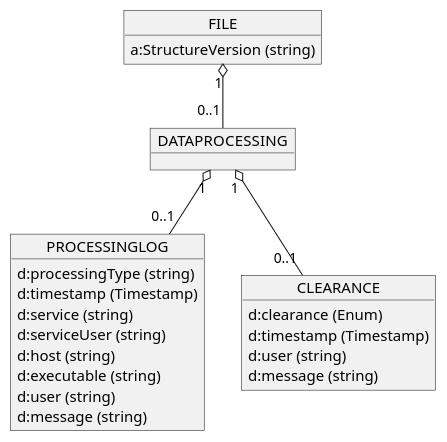
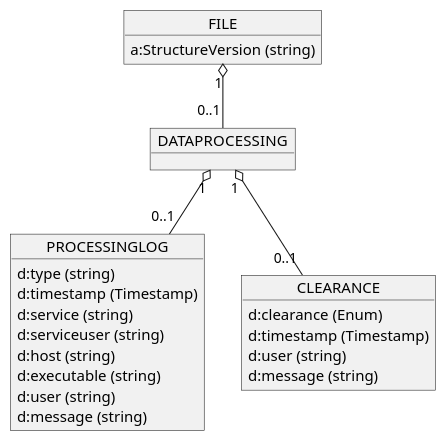
Before and after one commit to OpenRailAssociation/rcm-dx: the fourth of 13 diagrams in images/rcm-dx-images.puml, drawn with PlantUML. The commit also changed other lines of this file and 6 other files, not shown here.

```diff
--- a/images/rcm-dx-images.puml
+++ b/images/rcm-dx-images.puml
@@ -94,30 +94,30 @@
 @startuml rcmdx_file_group
 
   object FILE {
     a:StructureVersion (string)
   }
 
   object DATAPROCESSING {
   }
   FILE "1" o-- "0..1" DATAPROCESSING
 
   object PROCESSINGLOG {
-    d:processingType (string)
+    d:type (string)
     d:timestamp (Timestamp)
     d:service (string)
-    d:serviceUser (string)
+    d:serviceuser (string)
     d:host (string)
     d:executable (string)
     d:user (string)
     d:message (string)
   }
   DATAPROCESSING "1" o-- "0..1" PROCESSINGLOG
 
   object CLEARANCE {
     d:clearance (Enum)
     d:timestamp (Timestamp)
     d:user (string)
     d:message (string)
   }
   DATAPROCESSING "1" o-- "0..1" CLEARANCE
 @enduml
```
